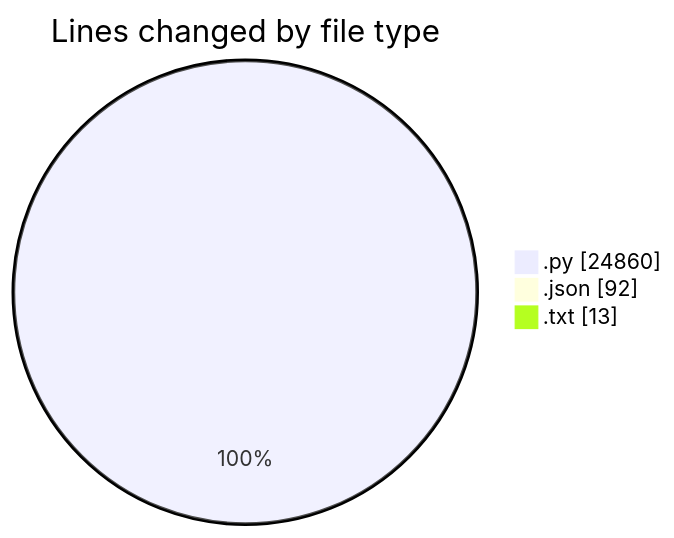
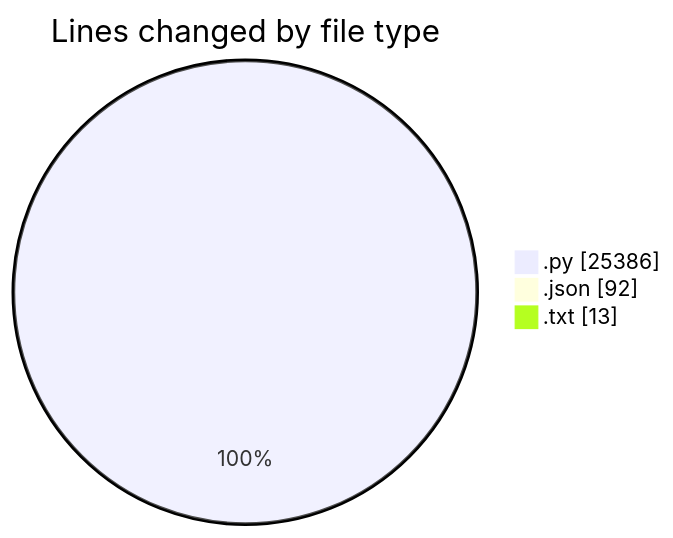
Before and after one commit to jrari/code-tracking: the first of 2 diagrams in 2025-07-13/telebot/README.md, drawn with Mermaid. The commit also changed other lines of this file and 1 other file, not shown here.

````diff
--- a/2025-07-13/telebot/README.md
+++ b/2025-07-13/telebot/README.md
@@ -61,7 +62,7 @@
 ```mermaid
 pie showData
 title Lines changed by file type
-".py" : 24860
+".py" : 25386
 ".json" : 92
 ".txt" : 13
 ```
````
